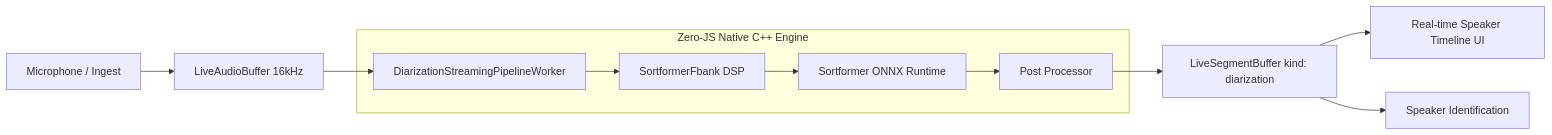
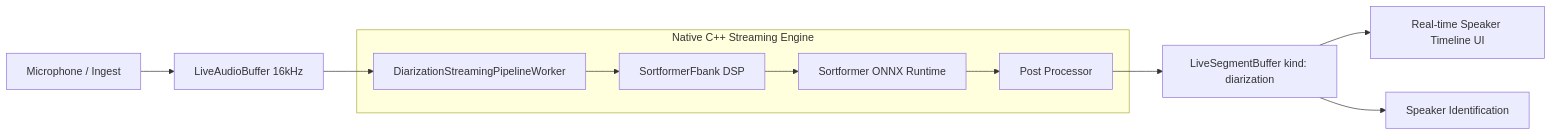
The diagram in docs/diarization-streaming.md (XDcobra/react-native-sherpa-onnx), drawn with Mermaid before and after one commit. The commit also changed other lines of this file, not shown here.

Commit message:
docs(diarization-streaming): refine streaming documentation and relocate segment observation section

````diff
--- a/docs/diarization-streaming.md
+++ b/docs/diarization-streaming.md
@@ -497,13 +497,13 @@
 ```mermaid
 flowchart LR
   Mic[Microphone / Ingest] --> LiveAudio[LiveAudioBuffer 16kHz]
   LiveAudio --> NativeWorker[DiarizationStreamingPipelineWorker]
-  subgraph NativeEngine [Zero-JS Native C++ Engine]
+  subgraph NativeEngine [Native C++ Streaming Engine]
     NativeWorker --> Fbank[SortformerFbank DSP]
     Fbank --> ORT[Sortformer ONNX Runtime]
     ORT --> PostProc[Post Processor]
   end
   PostProc --> LiveSeg[LiveSegmentBuffer kind: diarization]
   LiveSeg --> UI[Real-time Speaker Timeline UI]
   LiveSeg --> SID[Speaker Identification]
 ```
````
